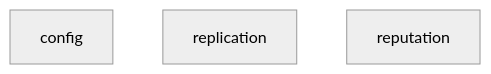
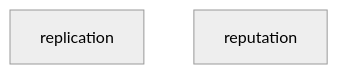
One commit to utopia-php/monorepo changed the diagram in README.md. Above: the diagram before and after it, drawn with Mermaid (neutral theme). The commit also changed other lines of this file and 33 other files, not shown here.

````diff
--- a/README.md
+++ b/README.md
@@ -52,6 +52,5 @@
 ```mermaid
 graph TD
-    config
     replication
     reputation
 ```
````
